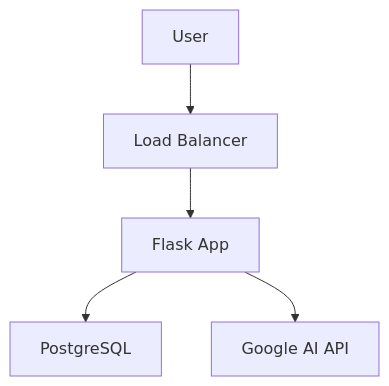
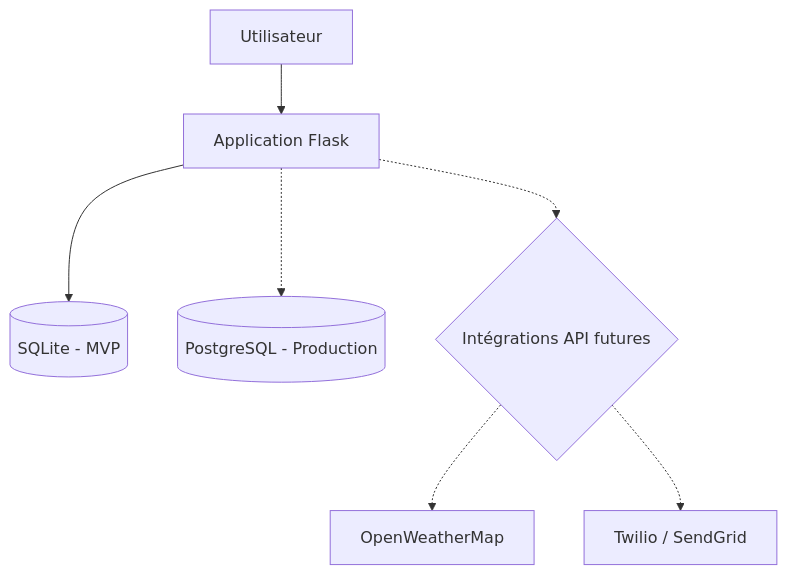
Before and after one commit to Kvnbbg/lataupe-bunker-tech: the diagram in ARCHITECTURE.md, drawn with Mermaid. The commit also changed other lines of this file and 11 other files, not shown here.

````diff
--- a/ARCHITECTURE.md
+++ b/ARCHITECTURE.md
@@ -1,7 +1,9 @@
- ```mermaid
- graph TD
-     A[User] --> B[Load Balancer]
-     B --> C[Flask App]
-     C --> D[PostgreSQL]
-     C --> E[Google AI API]
- ```
+```mermaid
+graph TD
+    A[Utilisateur] --> B[Application Flask]
+    B --> C[(SQLite - MVP)]
+    B -.-> D[(PostgreSQL - Production)]
+    B -.-> E{Intégrations API futures}
+    E -.-> E1[OpenWeatherMap]
+    E -.-> E2[Twilio / SendGrid]
+```
````
